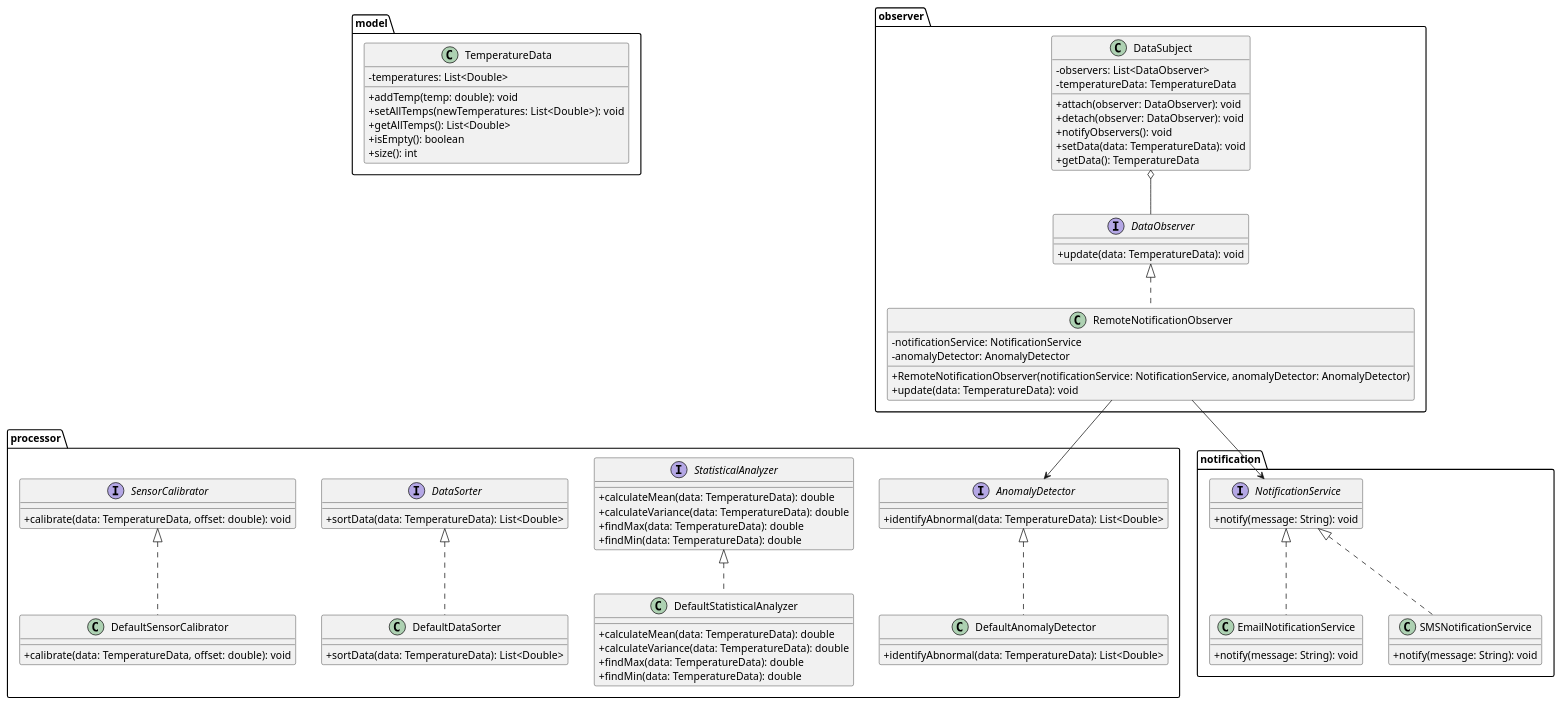
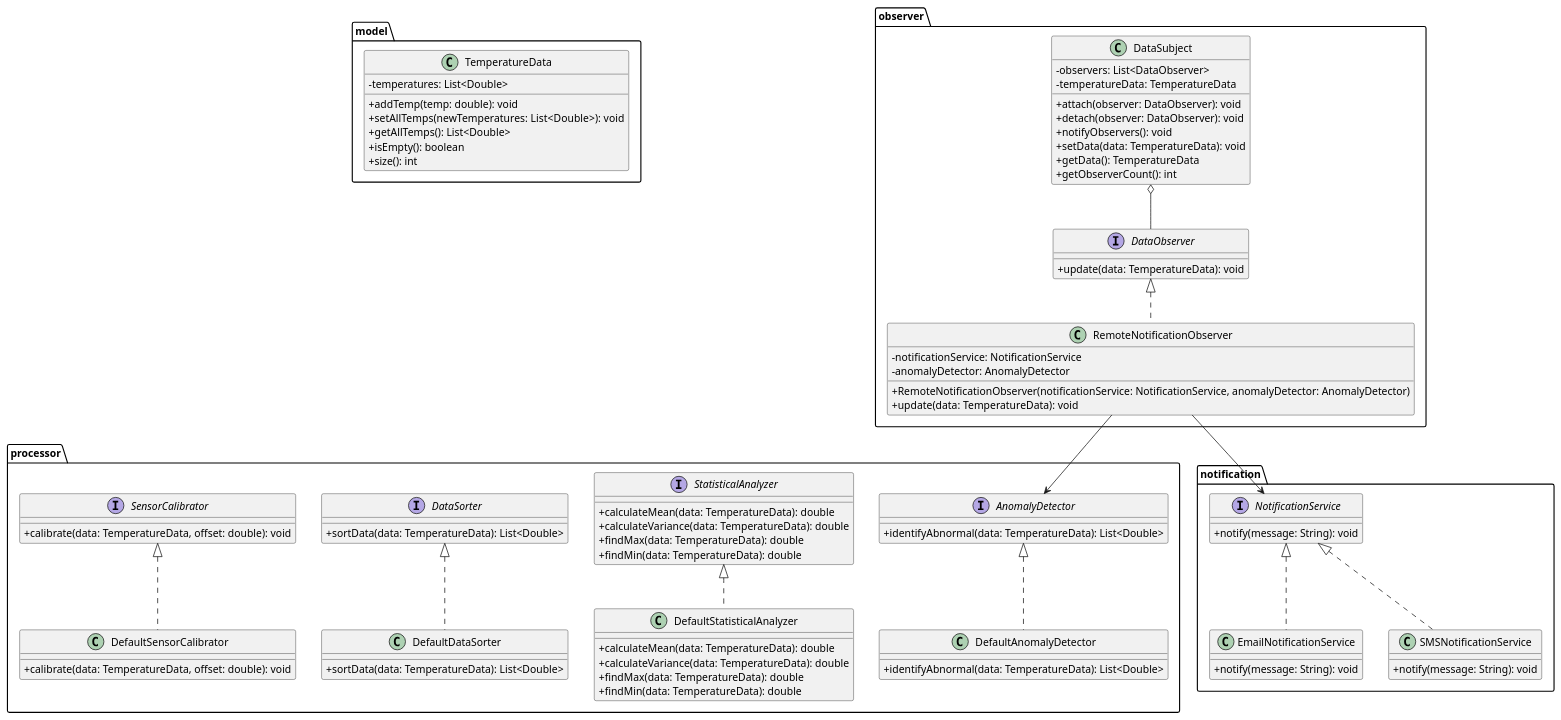
The diagram in figures/assignment_4.puml (Xuepoo/design-patterns), drawn with PlantUML before and after one commit. The commit also changed 1 other file, not shown here.

Commit message:
docs(assignment4): add assignment 4 report and update UML

```diff
--- a/figures/assignment_4.puml
+++ b/figures/assignment_4.puml
@@ -1,97 +1,98 @@
 @startuml
 skinparam classAttributeIconSize 0
 
 package model {
     class TemperatureData {
         - temperatures: List<Double>
         + addTemp(temp: double): void
         + setAllTemps(newTemperatures: List<Double>): void
         + getAllTemps(): List<Double>
         + isEmpty(): boolean
         + size(): int
     }
 }
 
 package processor {
     interface AnomalyDetector {
         + identifyAbnormal(data: TemperatureData): List<Double>
     }
     class DefaultAnomalyDetector {
         + identifyAbnormal(data: TemperatureData): List<Double>
     }
     AnomalyDetector <|.. DefaultAnomalyDetector
 
     interface StatisticalAnalyzer {
         + calculateMean(data: TemperatureData): double
         + calculateVariance(data: TemperatureData): double
         + findMax(data: TemperatureData): double
         + findMin(data: TemperatureData): double
     }
     class DefaultStatisticalAnalyzer {
         + calculateMean(data: TemperatureData): double
         + calculateVariance(data: TemperatureData): double
         + findMax(data: TemperatureData): double
         + findMin(data: TemperatureData): double
     }
     StatisticalAnalyzer <|.. DefaultStatisticalAnalyzer
 
     interface DataSorter {
         + sortData(data: TemperatureData): List<Double>
     }
     class DefaultDataSorter {
         + sortData(data: TemperatureData): List<Double>
     }
     DataSorter <|.. DefaultDataSorter
 
     interface SensorCalibrator {
         + calibrate(data: TemperatureData, offset: double): void
     }
     class DefaultSensorCalibrator {
         + calibrate(data: TemperatureData, offset: double): void
     }
     SensorCalibrator <|.. DefaultSensorCalibrator
 }
 
 package notification {
     interface NotificationService {
         + notify(message: String): void
     }
     class EmailNotificationService {
         + notify(message: String): void
     }
     class SMSNotificationService {
         + notify(message: String): void
     }
     NotificationService <|.. EmailNotificationService
     NotificationService <|.. SMSNotificationService
 }
 
 package observer {
     interface DataObserver {
         + update(data: TemperatureData): void
     }
 
     class DataSubject {
         - observers: List<DataObserver>
         - temperatureData: TemperatureData
         + attach(observer: DataObserver): void
         + detach(observer: DataObserver): void
         + notifyObservers(): void
         + setData(data: TemperatureData): void
         + getData(): TemperatureData
+        + getObserverCount(): int
     }
 
     class RemoteNotificationObserver {
         - notificationService: NotificationService
         - anomalyDetector: AnomalyDetector
         + RemoteNotificationObserver(notificationService: NotificationService, anomalyDetector: AnomalyDetector)
         + update(data: TemperatureData): void
     }
 
     DataSubject o-- DataObserver
     DataObserver <|.. RemoteNotificationObserver
     RemoteNotificationObserver --> NotificationService
     RemoteNotificationObserver --> AnomalyDetector
 }
 
 @enduml
```
